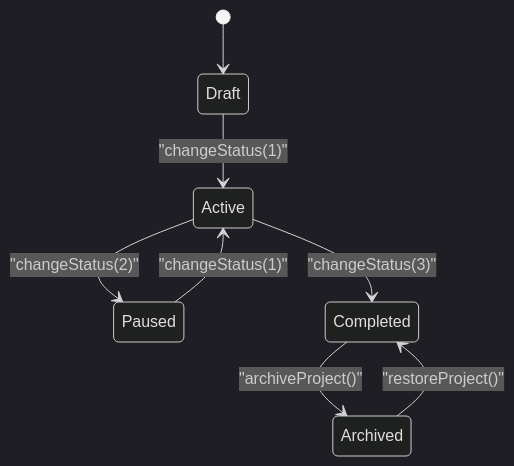
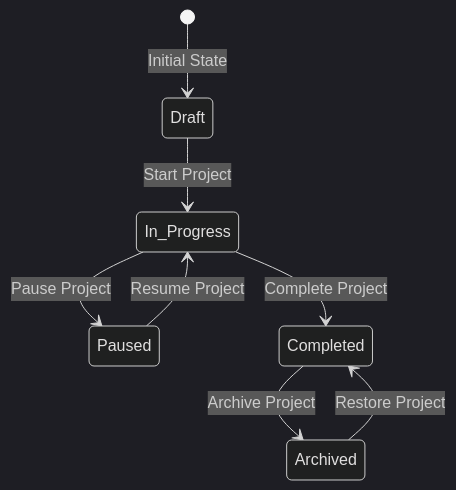
Before and after one commit to bo961386926/Survey-App: the fifth of 7 diagrams in .qoder/repowiki/en/content/Project & Task Management/Project Lifecycle Management.md, drawn with Mermaid (dark theme). The commit also changed other lines of this file and 7 other files, not shown here.

````diff
--- a/.qoder/repowiki/en/content/Project & Task Management/Project Lifecycle Management.md
+++ b/.qoder/repowiki/en/content/Project & Task Management/Project Lifecycle Management.md
@@ -205,10 +229,10 @@
 ```mermaid
 stateDiagram-v2
-[*] --> Draft
-Draft --> Active : "changeStatus(1)"
-Active --> Paused : "changeStatus(2)"
-Active --> Completed : "changeStatus(3)"
-Paused --> Active : "changeStatus(1)"
-Completed --> Archived : "archiveProject()"
-Archived --> Completed : "restoreProject()"
+[*] --> Draft : Initial State
+Draft --> In_Progress : Start Project
+In_Progress --> Paused : Pause Project
+In_Progress --> Completed : Complete Project
+Paused --> In_Progress : Resume Project
+Completed --> Archived : Archive Project
+Archived --> Completed : Restore Project
 ```
````
